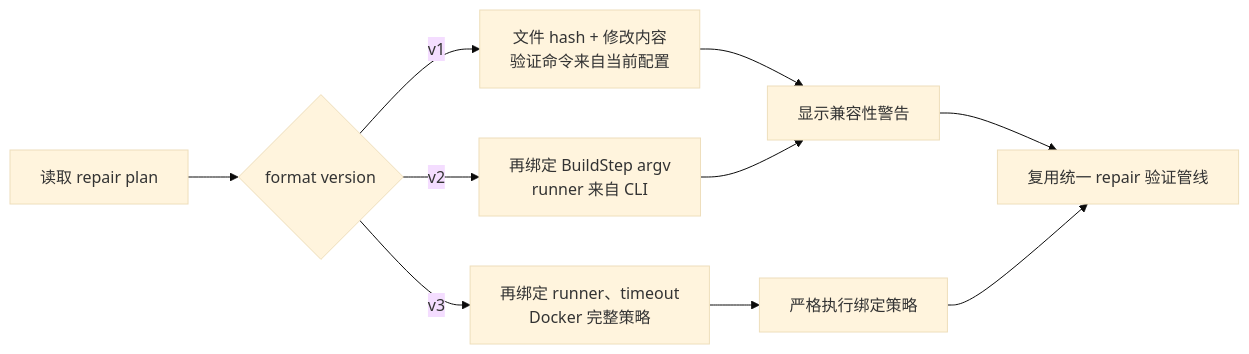
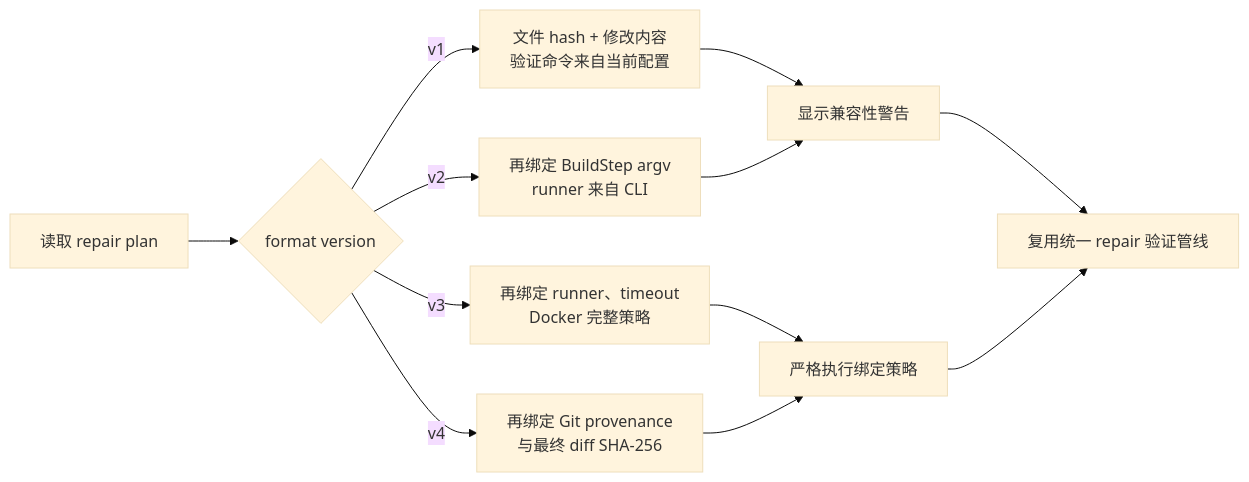
Before and after one commit to zhanghl-learner/docker-ollama-autofix: the seventh of 7 diagrams in docs/ARCHITECTURE_ZH.md, drawn with Mermaid (base theme). The commit also changed other lines of this file and 14 other files, not shown here.

Commit message:
Bind repair plans to Git provenance and final diff

````diff
--- a/docs/ARCHITECTURE_ZH.md
+++ b/docs/ARCHITECTURE_ZH.md
@@ -576,12 +593,14 @@
 ```mermaid
 flowchart LR
     LOAD[读取 repair plan] --> VERSION{format version}
     VERSION -->|v1| V1[文件 hash + 修改内容<br/>验证命令来自当前配置]
     VERSION -->|v2| V2[再绑定 BuildStep argv<br/>runner 来自 CLI]
     VERSION -->|v3| V3[再绑定 runner、timeout<br/>Docker 完整策略]
+    VERSION -->|v4| V4[再绑定 Git provenance<br/>与最终 diff SHA-256]
     V1 --> WARN[显示兼容性警告]
     V2 --> WARN
     V3 --> STRICT[严格执行绑定策略]
+    V4 --> STRICT
     WARN --> APPLY[复用统一 repair 验证管线]
     STRICT --> APPLY
 ```
````
